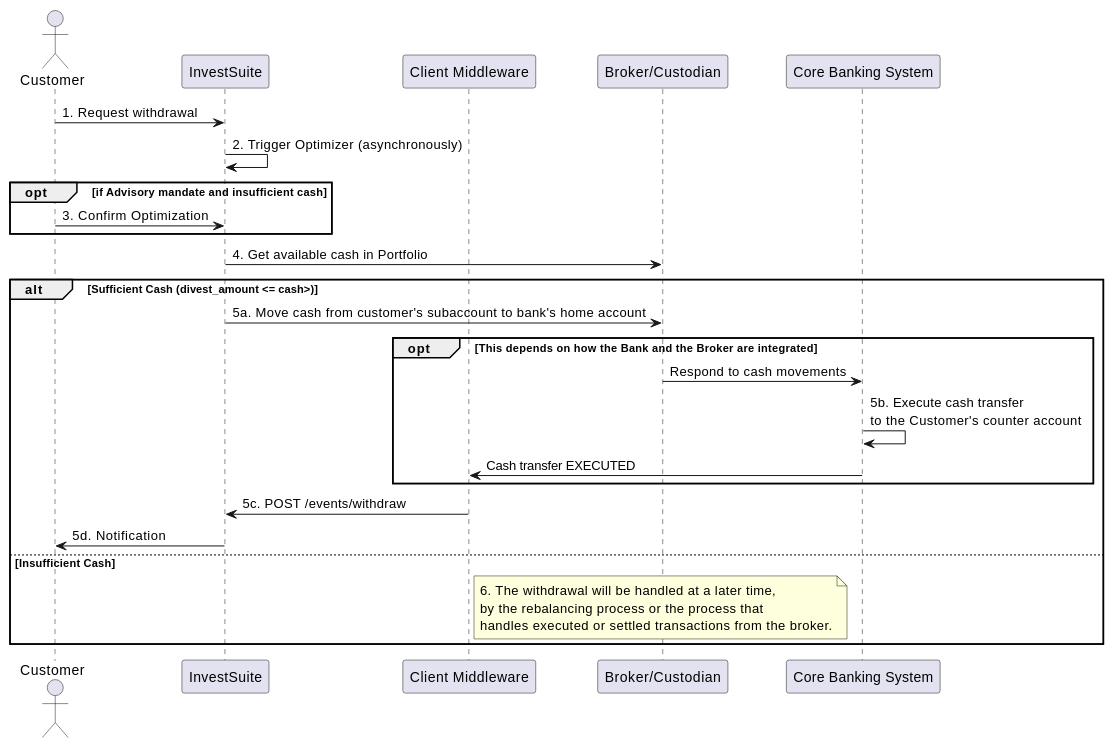
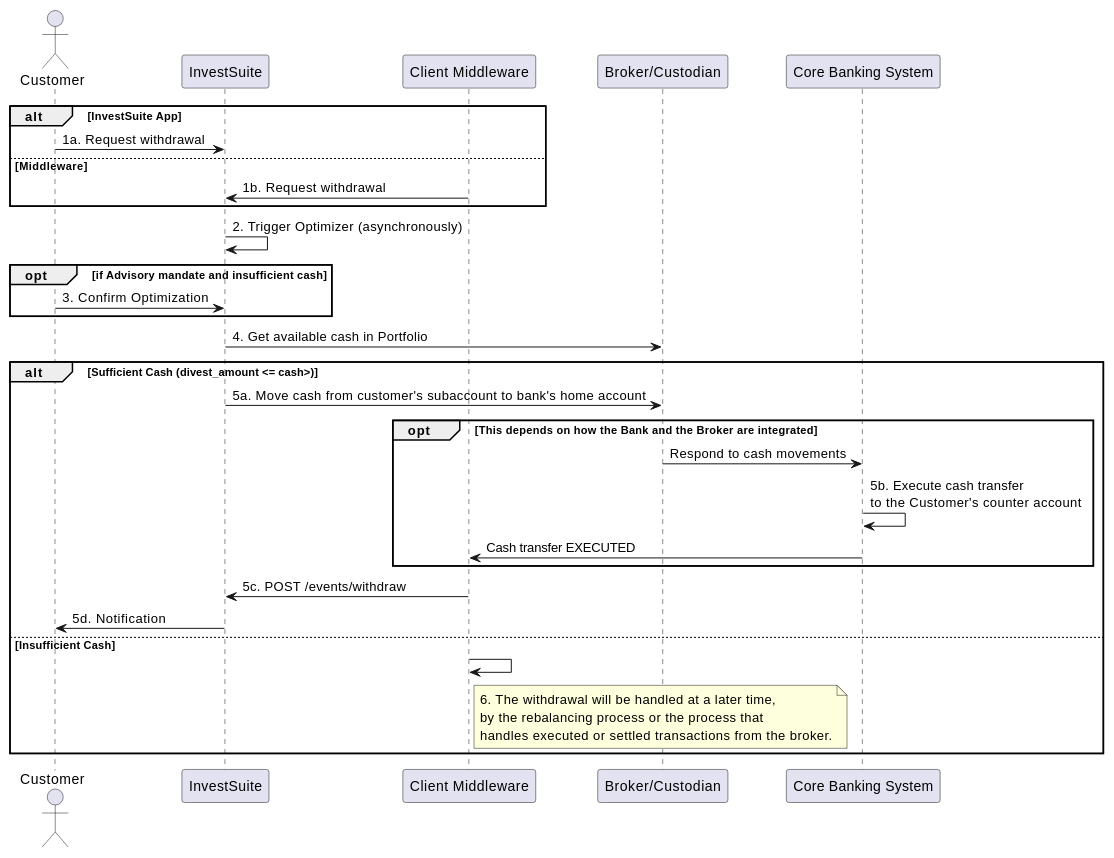
The second of 4 diagrams in docs/scenarios/cash_movements.md (arcilli/investsuite-api-docs), drawn with PlantUML before and after one commit. The commit also changed other lines of this file, not shown here.

First line of the commit message:
updated Funding & Withdrawal

````diff
--- a/docs/scenarios/cash_movements.md
+++ b/docs/scenarios/cash_movements.md
@@ -98,26 +101,31 @@
 ```plantuml
     actor "Customer" as _cus
     participant "InvestSuite" as _ivs
     participant "Client Middleware" as _cmw
     participant "Broker/Custodian" as _bc
     participant "Core Banking System" as _cbs
     
-    _cus->_ivs:1. Request withdrawal
+    alt InvestSuite App
+        _cus->_ivs:1a. Request withdrawal
+    else Middleware
+        _cmw->_ivs:1b. Request withdrawal
+    end
     _ivs->_ivs:2. Trigger Optimizer (asynchronously)
     opt if Advisory mandate and insufficient cash
         _cus->_ivs:3. Confirm Optimization
     end
     _ivs -> _bc: 4. Get available cash in Portfolio
     alt Sufficient Cash (divest_amount <= cash>)
         _ivs -> _bc: 5a. Move cash from customer's subaccount to bank's home account
         opt This depends on how the Bank and the Broker are integrated
             _bc -> _cbs: Respond to cash movements
             _cbs -> _cbs: 5b. Execute cash transfer\nto the Customer's counter account
             _cbs -> _cmw: Cash transfer EXECUTED
         end
         _cmw -> _ivs: 5c. POST /events/withdraw
         _cus <-_ivs: 5d. Notification
     else Insufficient Cash
+        _cmw -> _cmw: 
         note right of _cmw:6. The withdrawal will be handled at a later time,\nby the rebalancing process or the process that\nhandles executed or settled transactions from the broker.
     end
 ```
````
